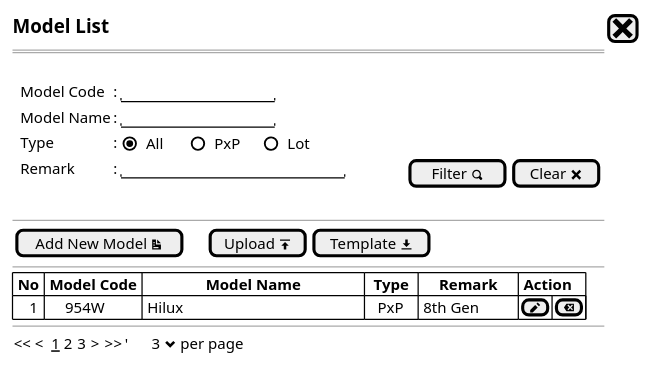
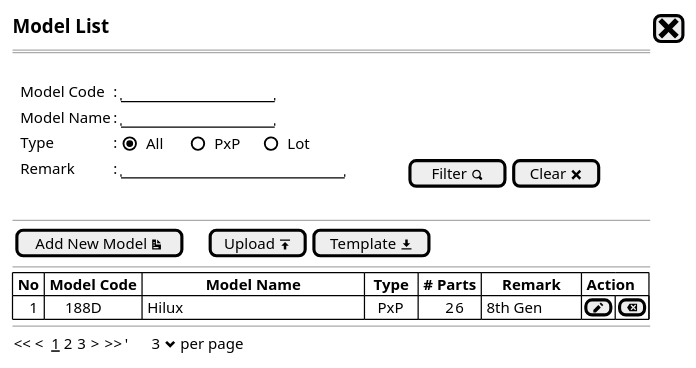
Before and after one commit to ari-fikri/packing-cost-mockup: the diagram in Model/model - newstep0a.puml, drawn with PlantUML. The commit also changed 5 other files, not shown here.

Commit message:
- Add # parts in the Model List table - Add more part sample to the model CRUD

```diff
--- a/Model/model - newstep0a.puml
+++ b/Model/model - newstep0a.puml
@@ -1,28 +1,28 @@
 @startsalt
 {
   <size:15><b>Model List |[<size:25><&x>]|*
   ==
   .
   {
     .|Model Code        |: |"               "|*
     .|Model Name        |: |"               "|*
     .|Type              |: {(X)All      |()PxP     |   ()Lot  }*
     .|Remark            |: |"                      "|              |[Filter <&magnifying-glass>]| [Clear <&x>]|*
   }
   .
   --
   {
   [Add New Model <&document>]|.|.|.|[Upload <&data-transfer-upload>]| [Template <&data-transfer-download>]|* 
   }
   --
   {#
-    | <b>No | <b>Model Code |                <b>Model Name                |  <b>Type  |<b>     Remark     |<b> Action |*|*|*
-    |    1  |     954W      | Hilux                                       |   PxP     | 8th Gen           |[<&pencil>]|[<&delete>]|*
+    | <b>No | <b>Model Code |                <b>Model Name                |  <b>Type  | <b># Parts |<b>     Remark     |<b> Action |*|*|*
+    |    1  |     188D      | Hilux                                       |   PxP     |       26  | 8th Gen           |[<&pencil>]|[<&delete>]|*
   }
   --
   {
   << <  __1__ 2 3  > >>  |'      3 <&chevron-bottom> per page |*
   }
 
 }
 @endsalt
```
